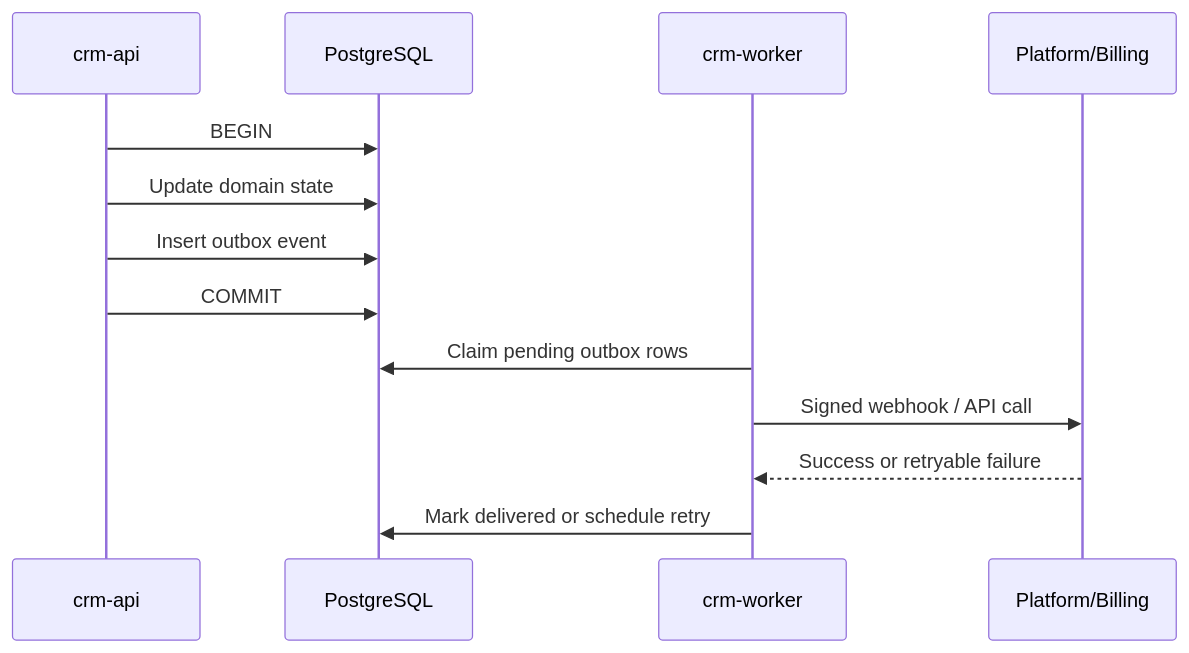
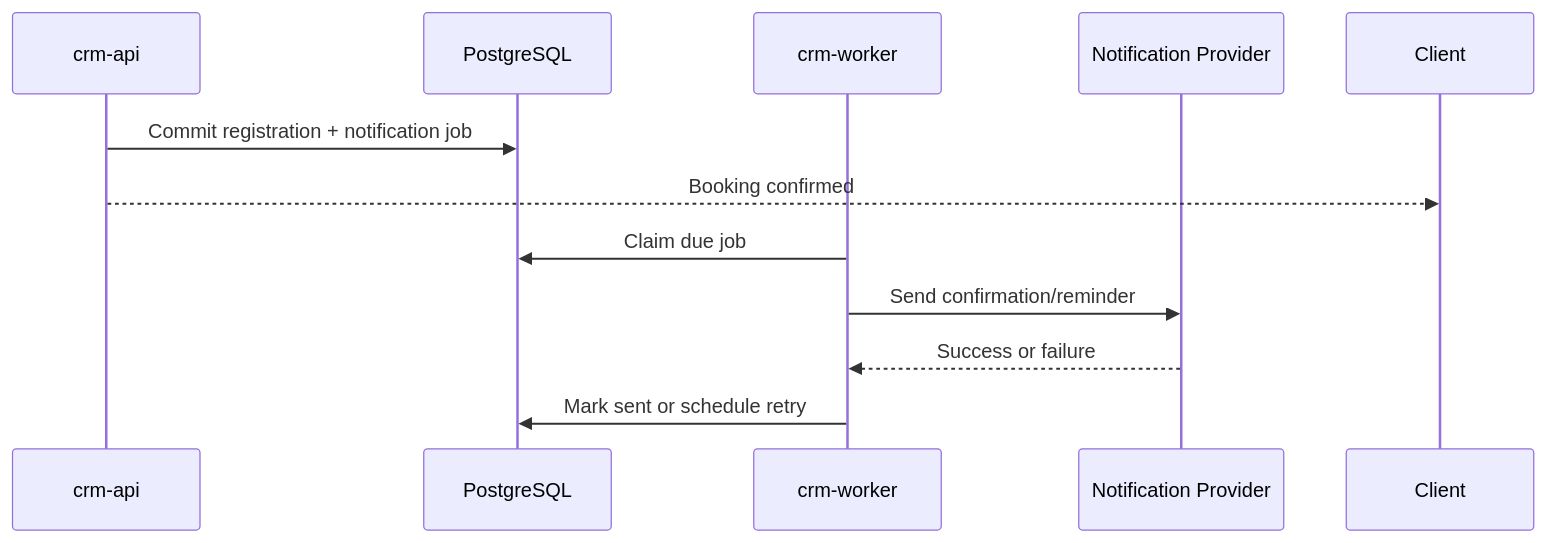
The first of 2 diagrams in docs/07-go-implementation-architecture.md (izestylusx/crm-sales-webinar-voucher), drawn with Mermaid before and after one commit. The commit also changed other lines of this file and 50 other files, not shown here.

````diff
--- a/docs/07-go-implementation-architecture.md
+++ b/docs/07-go-implementation-architecture.md
@@ -120,16 +116,14 @@
 ```mermaid
 sequenceDiagram
     participant API as crm-api
     participant DB as PostgreSQL
     participant W as crm-worker
-    participant EXT as Platform/Billing
+    participant N as Notification Provider
 
-    API->>DB: BEGIN
-    API->>DB: Update domain state
-    API->>DB: Insert outbox event
-    API->>DB: COMMIT
-    W->>DB: Claim pending outbox rows
-    W->>EXT: Signed webhook / API call
-    EXT-->>W: Success or retryable failure
-    W->>DB: Mark delivered or schedule retry
+    API->>DB: Commit registration + notification job
+    API-->>Client: Booking confirmed
+    W->>DB: Claim due job
+    W->>N: Send confirmation/reminder
+    N-->>W: Success or failure
+    W->>DB: Mark sent or schedule retry
 ```
````
